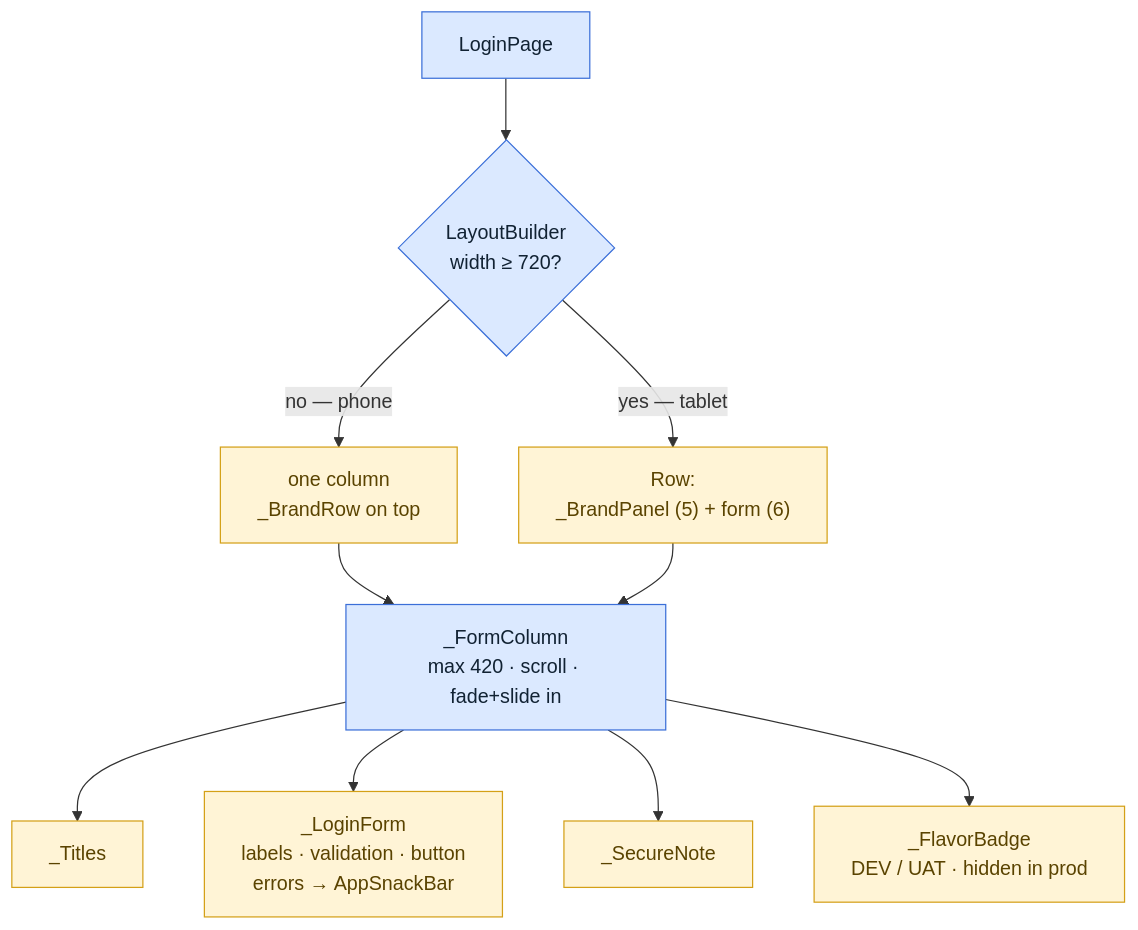
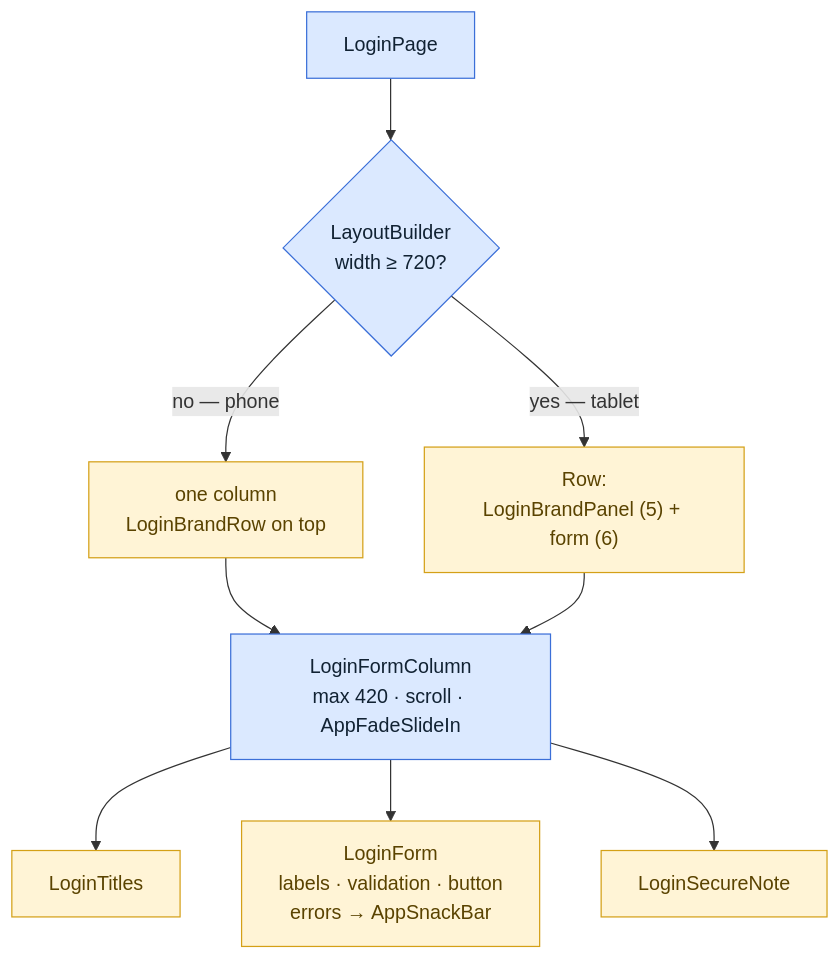
Before and after one commit to krouchvanyda/erp_flutter_claude: the sixth of 12 diagrams in docs/learning/REBUILD/07-login.md, drawn with Mermaid. The commit also changed other lines of this file and 10 other files, not shown here.

````diff
--- a/docs/learning/REBUILD/07-login.md
+++ b/docs/learning/REBUILD/07-login.md
@@ -187,17 +187,16 @@
 ```mermaid
 flowchart TD
     LP["LoginPage"] --> LB{"LayoutBuilder<br/>width ≥ 720?"}
-    LB -->|"no — phone"| ONE["one column<br/>_BrandRow on top"]
-    LB -->|"yes — tablet"| TWO["Row:<br/>_BrandPanel (5) + form (6)"]
-    ONE --> FC["_FormColumn<br/>max 420 · scroll · fade+slide in"]
+    LB -->|"no — phone"| ONE["one column<br/>LoginBrandRow on top"]
+    LB -->|"yes — tablet"| TWO["Row:<br/>LoginBrandPanel (5) + form (6)"]
+    ONE --> FC["LoginFormColumn<br/>max 420 · scroll · AppFadeSlideIn"]
     TWO --> FC
-    FC --> T["_Titles"]
-    FC --> F["_LoginForm<br/>labels · validation · button<br/>errors → AppSnackBar"]
-    FC --> N["_SecureNote"]
-    FC --> BADGE["_FlavorBadge<br/>DEV / UAT · hidden in prod"]
+    FC --> T["LoginTitles"]
+    FC --> F["LoginForm<br/>labels · validation · button<br/>errors → AppSnackBar"]
+    FC --> N["LoginSecureNote"]
 
     classDef app fill:#dbe9ff,stroke:#3b6fd8,color:#123
     classDef feat fill:#fff4d6,stroke:#d4a017,color:#5a4300
     class LP,LB,FC app
-    class ONE,TWO,T,F,N,BADGE feat
+    class ONE,TWO,T,F,N feat
 ```
````
